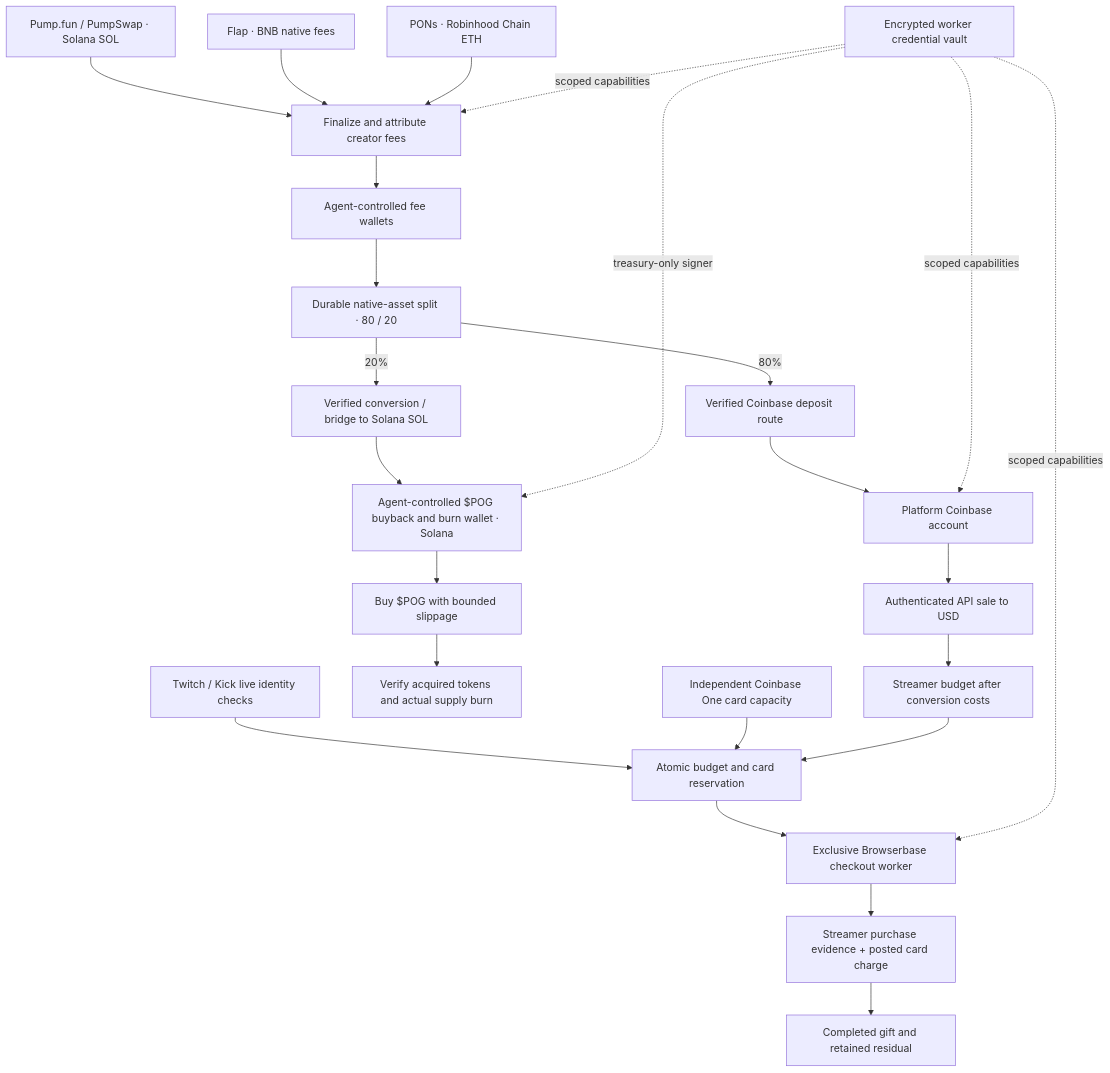
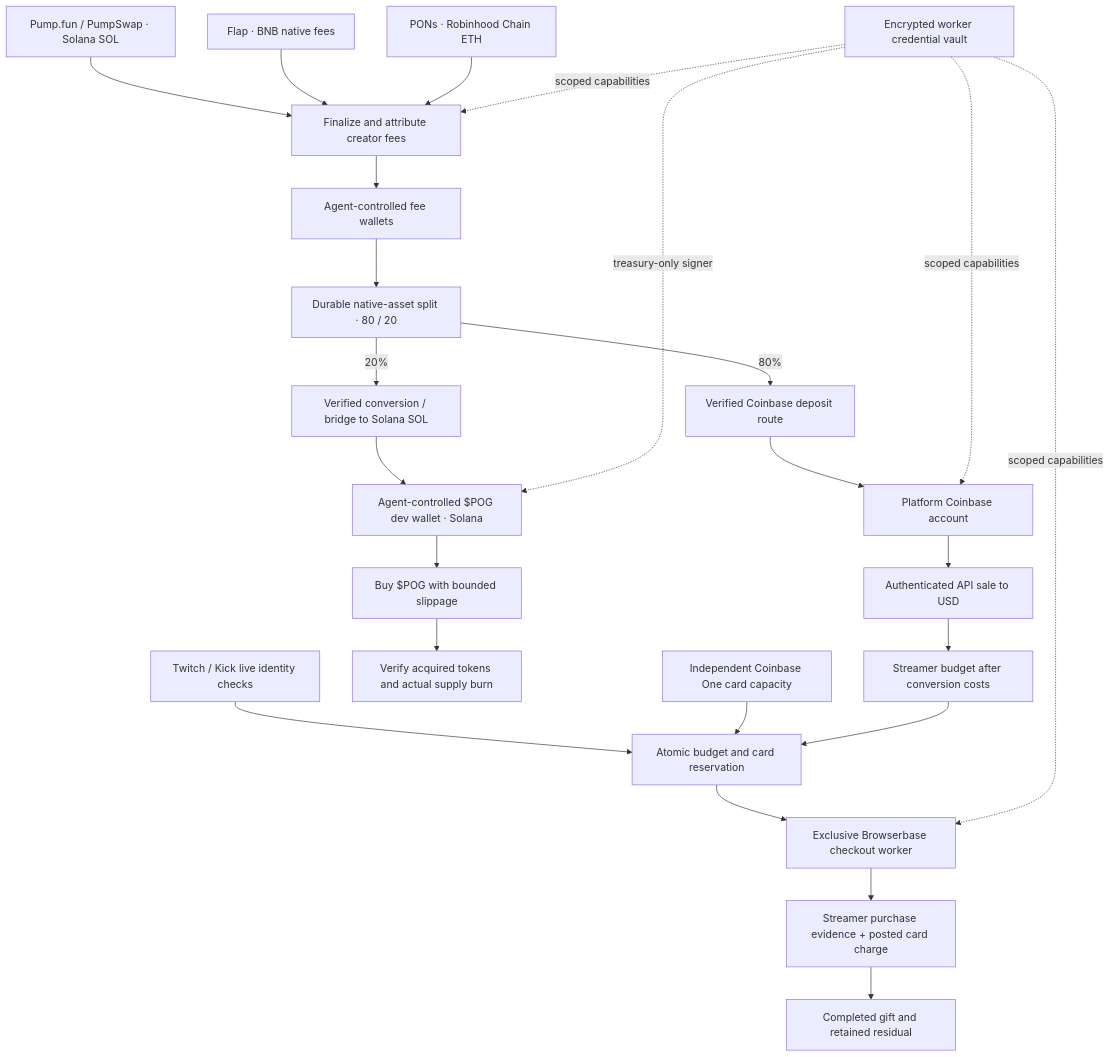
The diagram in README.md (shadnsurfer/pogdotfun), drawn with Mermaid before and after one commit. The commit also changed other lines of this file and 15 other files, not shown here.

Commit message:
Pin POG buybacks and burns to Solana dev wallet

````diff
--- a/README.md
+++ b/README.md
@@ -9,26 +9,26 @@
 ```mermaid
 flowchart TD
   Pump[Pump.fun / PumpSwap · Solana SOL] --> Claims
   Flap[Flap · BNB native fees] --> Claims
   Pons[PONs · Robinhood Chain ETH] --> Claims
   Claims[Finalize and attribute creator fees] --> Vault[Agent-controlled fee wallets]
   Vault --> Split[Durable native-asset split · 80 / 20]
   Split -->|80%| Route[Verified Coinbase deposit route]
   Route --> Coinbase[Platform Coinbase account]
   Coinbase --> Sale[Authenticated API sale to USD]
   Sale --> Ledger[Streamer budget after conversion costs]
   Split -->|20%| Bridge[Verified conversion / bridge to Solana SOL]
-  Bridge --> Dev[Agent-controlled $POG buyback and burn wallet · Solana]
+  Bridge --> Dev[Agent-controlled $POG dev wallet · Solana]
   Dev --> Buy[Buy $POG with bounded slippage]
   Buy --> Burn[Verify acquired tokens and actual supply burn]
   Live[Twitch / Kick live identity checks] --> Gate
   Card[Independent Coinbase One card capacity] --> Gate
   Ledger --> Gate[Atomic budget and card reservation]
   Gate --> Browser[Exclusive Browserbase checkout worker]
   Browser --> Proof[Streamer purchase evidence + posted card charge]
   Proof --> Receipt[Completed gift and retained residual]
   Secrets[Encrypted worker credential vault] -. scoped capabilities .-> Claims
   Secrets -. scoped capabilities .-> Coinbase
   Secrets -. scoped capabilities .-> Browser
   Secrets -. treasury-only signer .-> Dev
 ```
````
